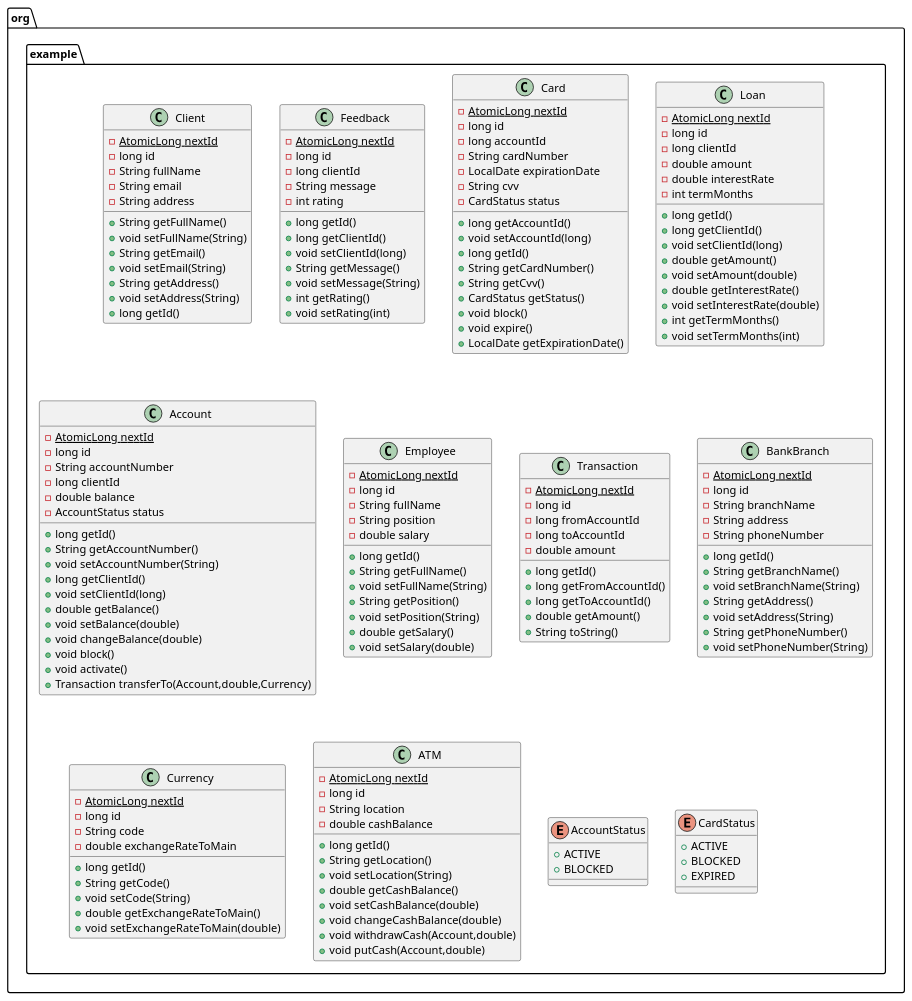
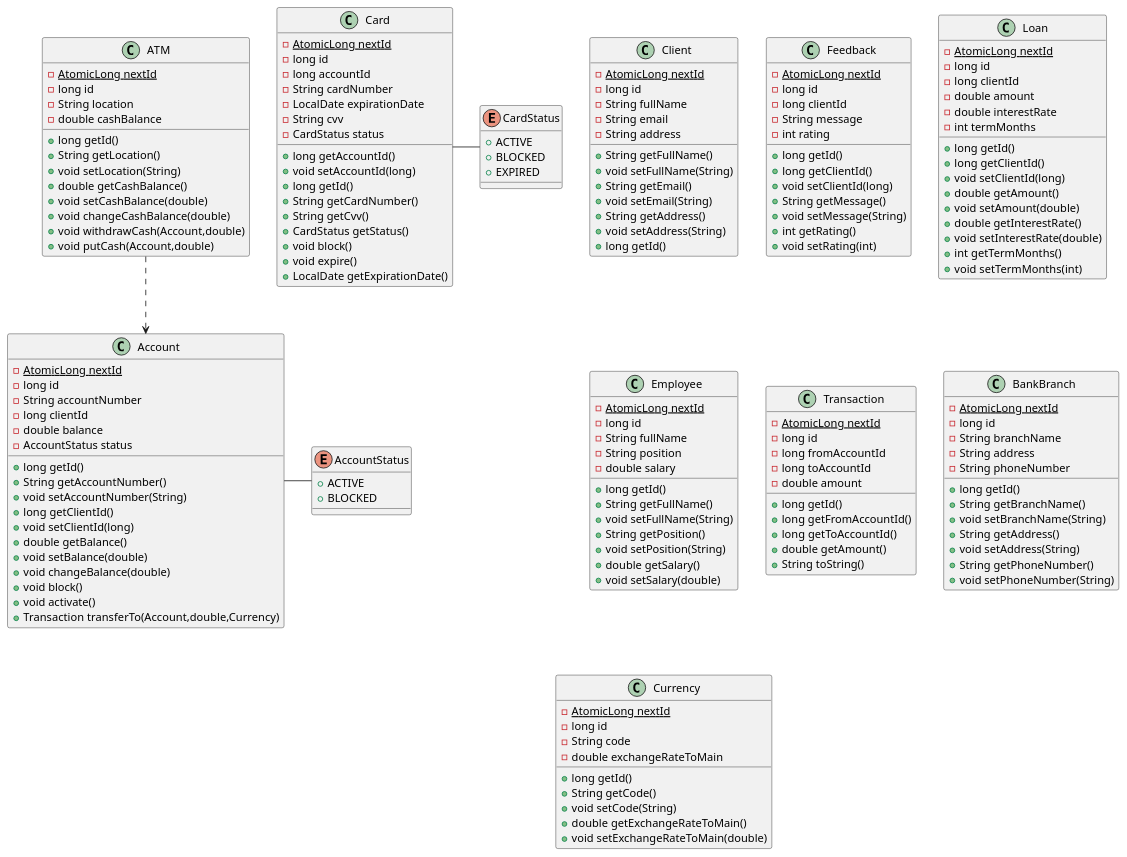
Before and after one commit to Sinededd/OOP: the diagram in LR1/Diagram.puml, drawn with PlantUML.

Commit message:
Add dependencies in UML diagram

```diff
--- a/LR1/Diagram.puml
+++ b/LR1/Diagram.puml
@@ -1,179 +1,183 @@
 @startuml
-class org.example.Client {
+class Client {
 - {static} AtomicLong nextId
 - long id
 - String fullName
 - String email
 - String address
 + String getFullName()
 + void setFullName(String)
 + String getEmail()
 + void setEmail(String)
 + String getAddress()
 + void setAddress(String)
 + long getId()
 }
 
 
-class org.example.Feedback {
+class Feedback {
 - {static} AtomicLong nextId
 - long id
 - long clientId
 - String message
 - int rating
 + long getId()
 + long getClientId()
 + void setClientId(long)
 + String getMessage()
 + void setMessage(String)
 + int getRating()
 + void setRating(int)
 }
 
-class org.example.Card {
+class Card {
 - {static} AtomicLong nextId
 - long id
 - long accountId
 - String cardNumber
 - LocalDate expirationDate
 - String cvv
 - CardStatus status
 + long getAccountId()
 + void setAccountId(long)
 + long getId()
 + String getCardNumber()
 + String getCvv()
 + CardStatus getStatus()
 + void block()
 + void expire()
 + LocalDate getExpirationDate()
 }
 
 
-class org.example.Loan {
+class Loan {
 - {static} AtomicLong nextId
 - long id
 - long clientId
 - double amount
 - double interestRate
 - int termMonths
 + long getId()
 + long getClientId()
 + void setClientId(long)
 + double getAmount()
 + void setAmount(double)
 + double getInterestRate()
 + void setInterestRate(double)
 + int getTermMonths()
 + void setTermMonths(int)
 }
 
 
-class org.example.Account {
+class Account {
 - {static} AtomicLong nextId
 - long id
 - String accountNumber
 - long clientId
 - double balance
 - AccountStatus status
 + long getId()
 + String getAccountNumber()
 + void setAccountNumber(String)
 + long getClientId()
 + void setClientId(long)
 + double getBalance()
 + void setBalance(double)
 + void changeBalance(double)
 + void block()
 + void activate()
 + Transaction transferTo(Account,double,Currency)
 }
 
 
-class org.example.Employee {
+class Employee {
 - {static} AtomicLong nextId
 - long id
 - String fullName
 - String position
 - double salary
 + long getId()
 + String getFullName()
 + void setFullName(String)
 + String getPosition()
 + void setPosition(String)
 + double getSalary()
 + void setSalary(double)
 }
 
 
-class org.example.Transaction {
+class Transaction {
 - {static} AtomicLong nextId
 - long id
 - long fromAccountId
 - long toAccountId
 - double amount
 + long getId()
 + long getFromAccountId()
 + long getToAccountId()
 + double getAmount()
 + String toString()
 }
 
 
-class org.example.BankBranch {
+class BankBranch {
 - {static} AtomicLong nextId
 - long id
 - String branchName
 - String address
 - String phoneNumber
 + long getId()
 + String getBranchName()
 + void setBranchName(String)
 + String getAddress()
 + void setAddress(String)
 + String getPhoneNumber()
 + void setPhoneNumber(String)
 }
 
 
-class org.example.Currency {
+class Currency {
 - {static} AtomicLong nextId
 - long id
 - String code
 - double exchangeRateToMain
 + long getId()
 + String getCode()
 + void setCode(String)
 + double getExchangeRateToMain()
 + void setExchangeRateToMain(double)
 }
 
 
-class org.example.ATM {
+class ATM {
 - {static} AtomicLong nextId
 - long id
 - String location
 - double cashBalance
 + long getId()
 + String getLocation()
 + void setLocation(String)
 + double getCashBalance()
 + void setCashBalance(double)
 + void changeCashBalance(double)
 + void withdrawCash(Account,double)
 + void putCash(Account,double)
 }
 
 
-enum org.example.AccountStatus {
+enum AccountStatus {
 +  ACTIVE
 +  BLOCKED
 }
 
-enum org.example.CardStatus {
+enum CardStatus {
 +  ACTIVE
 +  BLOCKED
 +  EXPIRED
 }
 
+ATM ..> Account
+Account - AccountStatus
+Card - CardStatus
+
 @enduml
```
